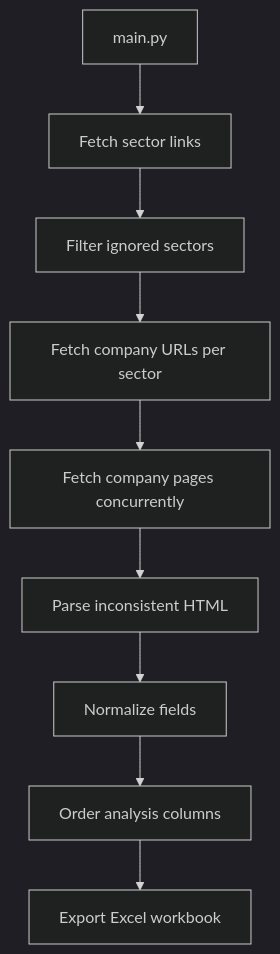
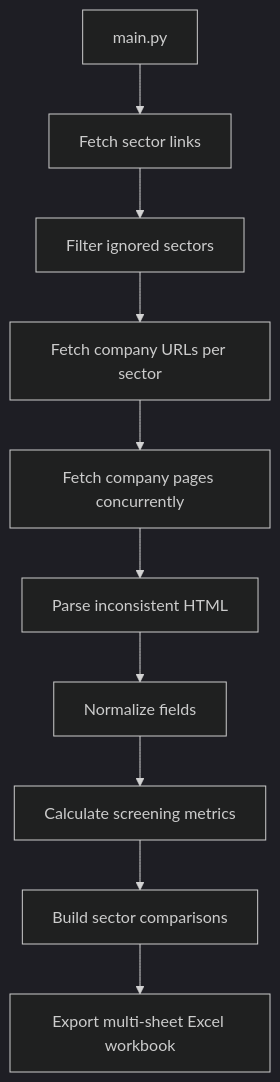
The diagram in README.MD (MustakAbsarKhan/DSE_COMPANY_SCRAPER_Python), drawn with Mermaid (dark theme) before and after one commit. The commit also changed other lines of this file and 4 other files, not shown here.

Commit message:
Export Excel Formatting Added with Additional Valuation Methods

````diff
--- a/README.MD
+++ b/README.MD
@@ -71,11 +77,12 @@
 ```mermaid
 flowchart TD
     A[main.py] --> B[Fetch sector links]
     B --> C[Filter ignored sectors]
     C --> D[Fetch company URLs per sector]
     D --> E[Fetch company pages concurrently]
     E --> F[Parse inconsistent HTML]
     F --> G[Normalize fields]
-    G --> H[Order analysis columns]
-    H --> I[Export Excel workbook]
+    G --> H[Calculate screening metrics]
+    H --> I[Build sector comparisons]
+    I --> J[Export multi-sheet Excel workbook]
 ```
````
